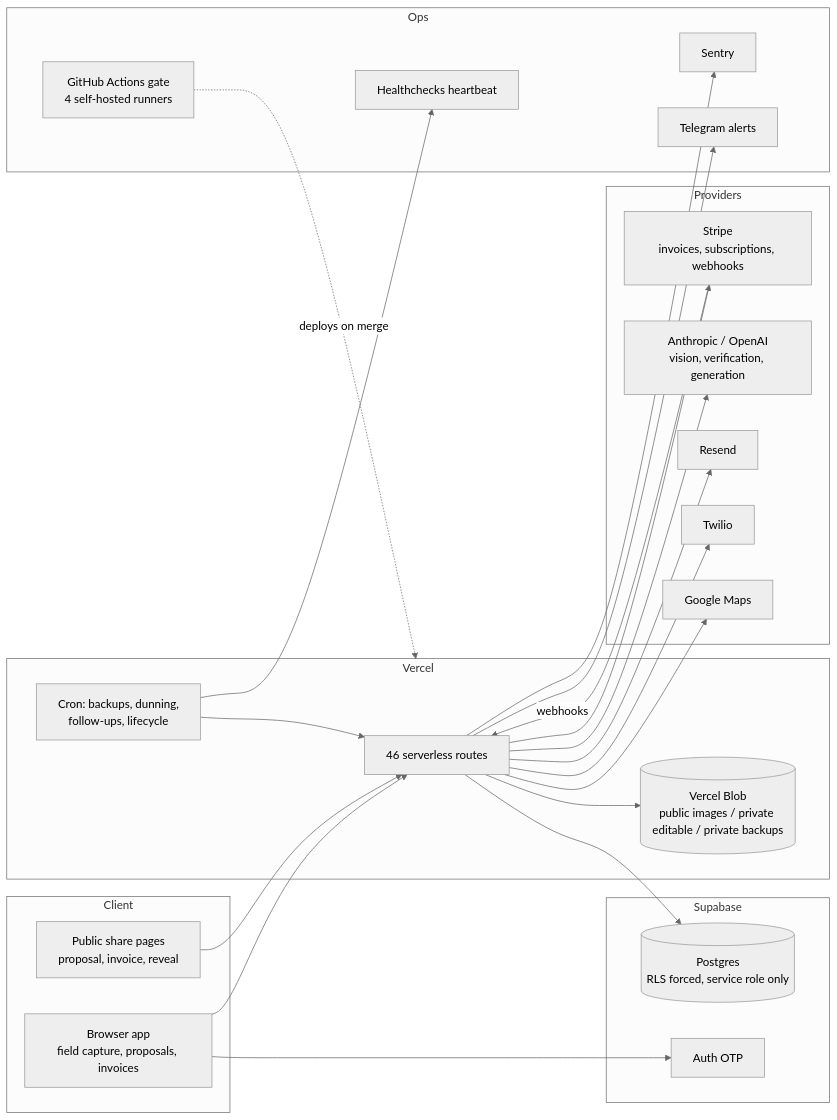
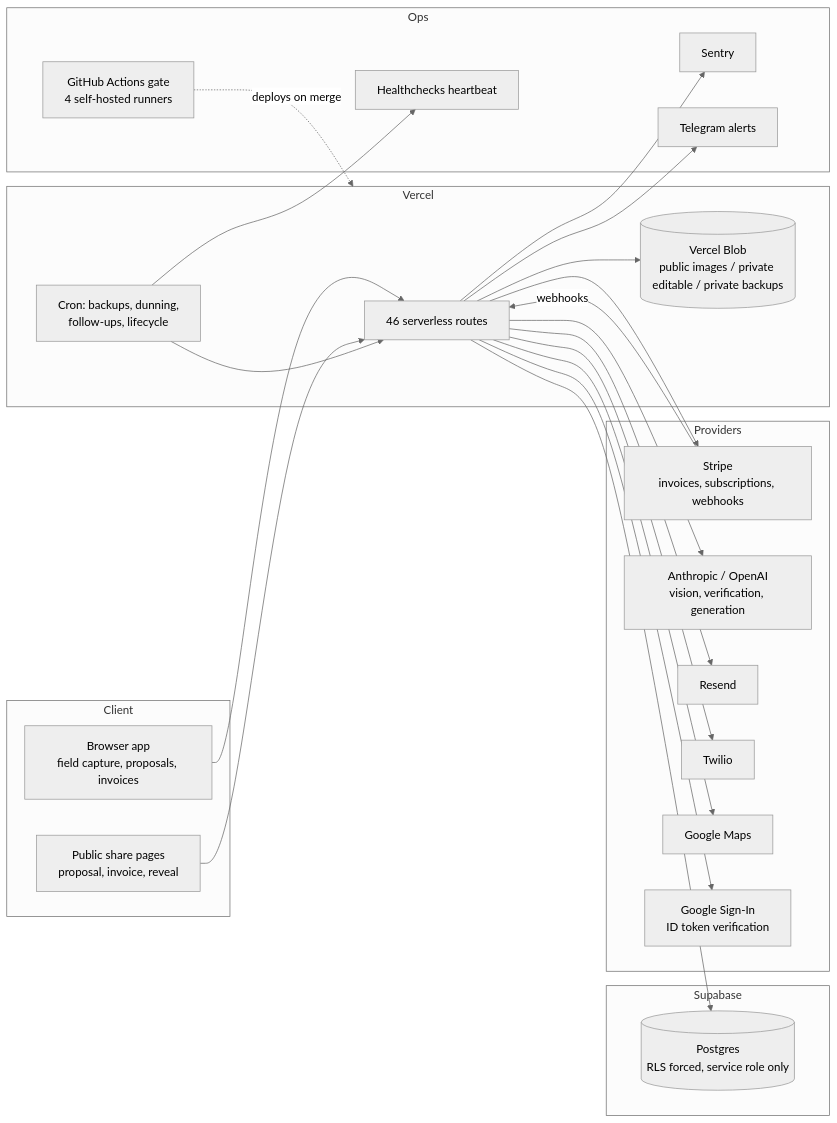
The first of 3 diagrams in README.md (ZCOLLINSKY/lightdeck-architecture), drawn with Mermaid (neutral theme) before and after one commit. The commit also changed other lines of this file and 1 other file, not shown here.

Commit message:
Correct sign-in description: Google ID token + LightDeck magic links and sessions, not Supabase Auth

````diff
--- a/README.md
+++ b/README.md
@@ -9,45 +9,45 @@
 ```mermaid
 flowchart LR
   subgraph Client
     B[Browser app<br/>field capture, proposals, invoices]
     P[Public share pages<br/>proposal, invoice, reveal]
   end
   subgraph Vercel
     API[46 serverless routes]
     CRON[Cron: backups, dunning,<br/>follow-ups, lifecycle]
     BLOB[(Vercel Blob<br/>public images / private editable / private backups)]
   end
   subgraph Supabase
     PG[(Postgres<br/>RLS forced, service role only)]
-    AUTH[Auth OTP]
   end
   subgraph Providers
     STRIPE[Stripe<br/>invoices, subscriptions, webhooks]
     AI[Anthropic / OpenAI<br/>vision, verification, generation]
     MAIL[Resend]
     SMS[Twilio]
     MAPS[Google Maps]
+    GSI[Google Sign-In<br/>ID token verification]
   end
   subgraph Ops
     SENTRY[Sentry]
     TG[Telegram alerts]
     HC[Healthchecks heartbeat]
     GH[GitHub Actions gate<br/>4 self-hosted runners]
   end
   B --> API
   P --> API
-  B --> AUTH
   API --> PG
   API --> BLOB
   API --> STRIPE
   STRIPE -- webhooks --> API
   API --> AI
   API --> MAIL
   API --> SMS
   API --> MAPS
+  API --> GSI
   CRON --> API
   API --> SENTRY
   API --> TG
   CRON --> HC
   GH -. deploys on merge .-> Vercel
 ```
````
